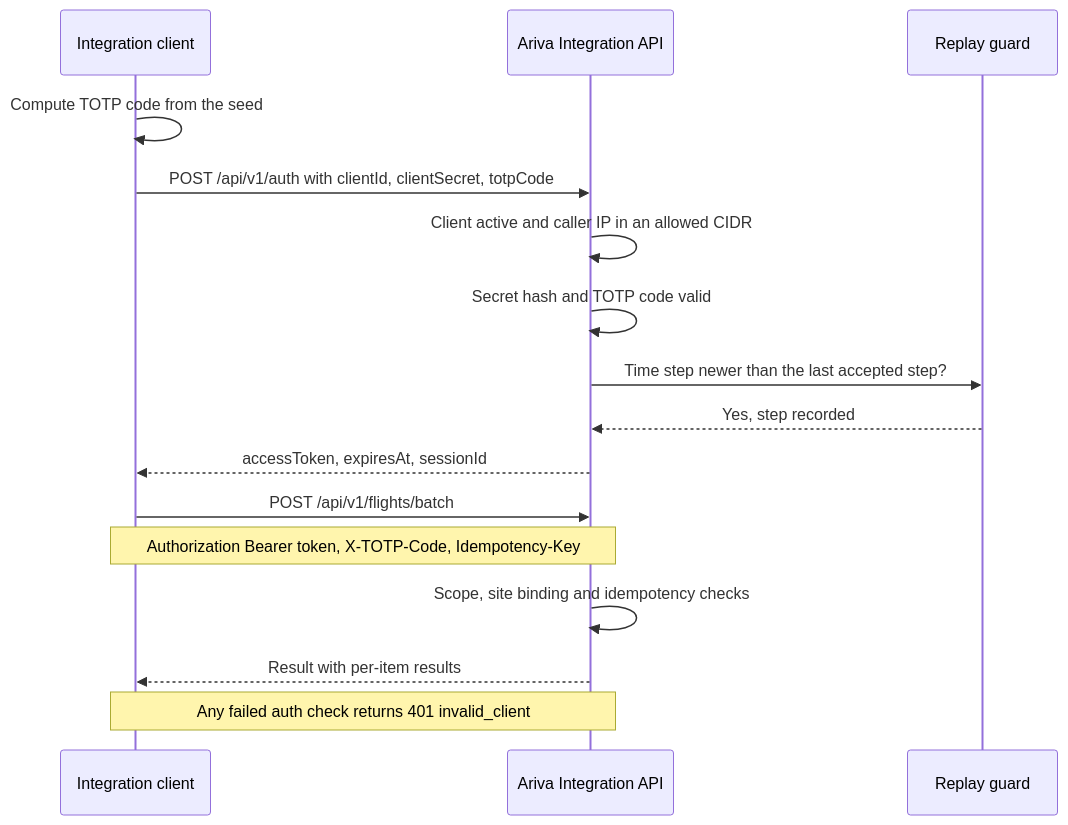
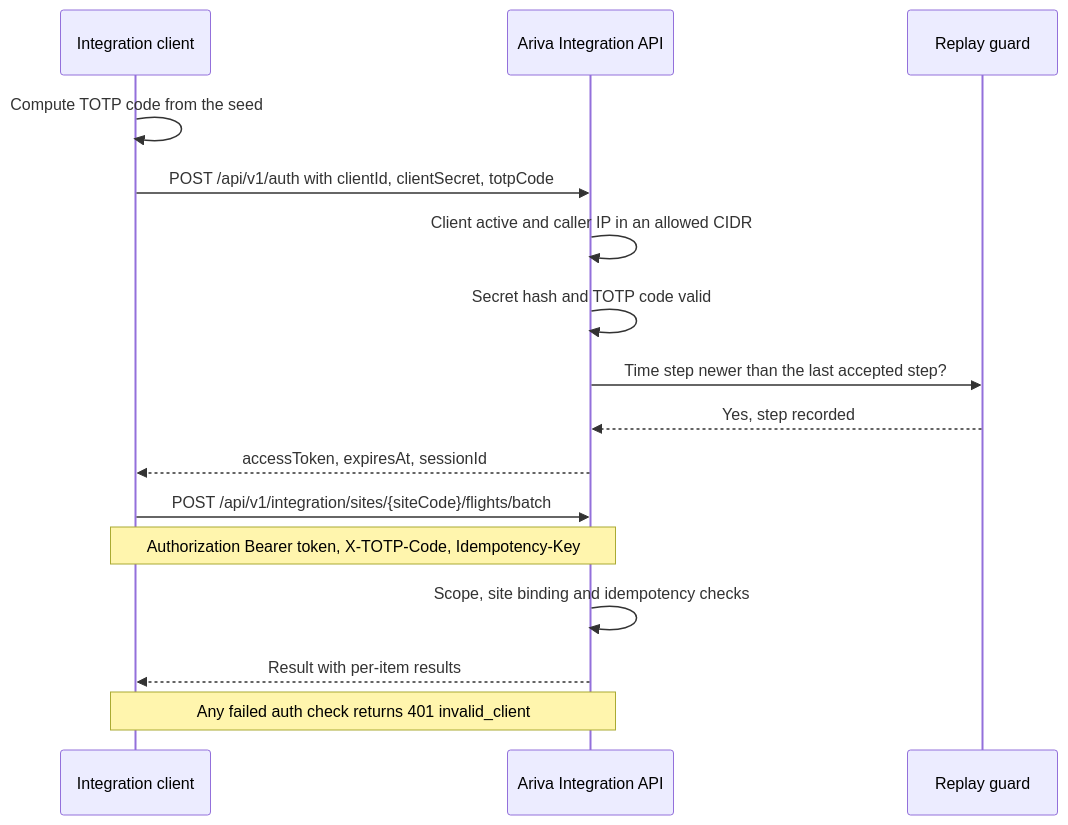
One commit to alsadderwork-coder/Ariva changed the fifth of 5 diagrams in wiki/02-Business-Flow.md. Above: the diagram before and after it, drawn with Mermaid. The commit also changed 34 other files, not shown here.

First line of the commit message:
ARV-043: Integration API: flights and allocations

````diff
--- a/wiki/02-Business-Flow.md
+++ b/wiki/02-Business-Flow.md
@@ -153,18 +153,18 @@
 ```mermaid
 sequenceDiagram
   participant C as Integration client
   participant N as Ariva Integration API
   participant R as Replay guard
   C->>C: Compute TOTP code from the seed
   C->>N: POST /api/v1/auth with clientId, clientSecret, totpCode
   N->>N: Client active and caller IP in an allowed CIDR
   N->>N: Secret hash and TOTP code valid
   N->>R: Time step newer than the last accepted step?
   R-->>N: Yes, step recorded
   N-->>C: accessToken, expiresAt, sessionId
-  C->>N: POST /api/v1/flights/batch
+  C->>N: POST /api/v1/integration/sites/{siteCode}/flights/batch
   Note over C,N: Authorization Bearer token, X-TOTP-Code, Idempotency-Key
   N->>N: Scope, site binding and idempotency checks
   N-->>C: Result with per-item results
   Note over C,N: Any failed auth check returns 401 invalid_client
 ```
````
